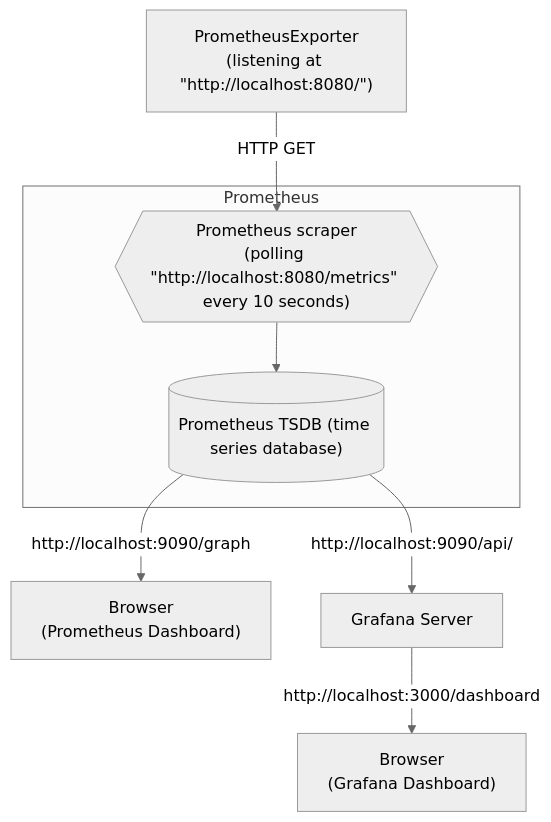
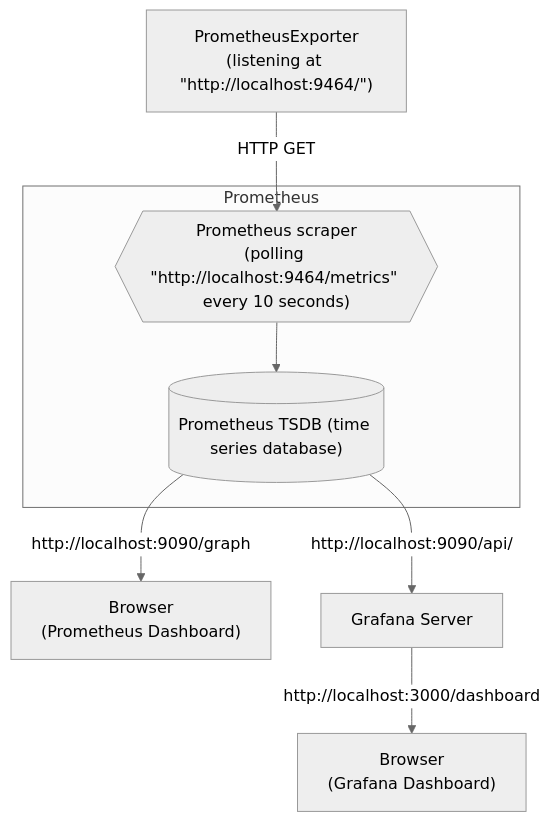
Before and after one commit to open-telemetry/opentelemetry-cpp: the second of 2 diagrams in examples/prometheus/README.md, drawn with Mermaid (neutral theme). The commit also changed other lines of this file and 2 other files, not shown here.

Commit message:
fix default Prometheus port

````diff
--- a/examples/prometheus/README.md
+++ b/examples/prometheus/README.md
@@ -189,14 +189,14 @@
 ```mermaid
 graph TD
 
 subgraph Prometheus
   PrometheusScraper
   PrometheusDatabase
 end
 
-PrometheusExporter["PrometheusExporter<br/>(listening at #quot;http://localhost:8080/#quot;)"] -->|HTTP GET| PrometheusScraper{{"Prometheus scraper<br/>(polling #quot;http://localhost:8080/metrics#quot; every 10 seconds)"}}
+PrometheusExporter["PrometheusExporter<br/>(listening at #quot;http://localhost:9464/#quot;)"] -->|HTTP GET| PrometheusScraper{{"Prometheus scraper<br/>(polling #quot;http://localhost:9464/metrics#quot; every 10 seconds)"}}
 PrometheusScraper --> PrometheusDatabase[("Prometheus TSDB (time series database)")]
 PrometheusDatabase -->|http://localhost:9090/graph| PrometheusUI["Browser<br/>(Prometheus Dashboard)"]
 PrometheusDatabase -->|http://localhost:9090/api/| Grafana[Grafana Server]
 Grafana -->|http://localhost:3000/dashboard| GrafanaUI["Browser<br/>(Grafana Dashboard)"]
 ```
````
